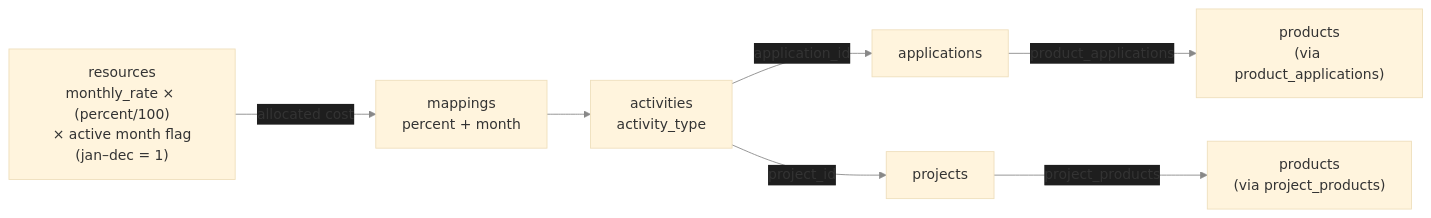
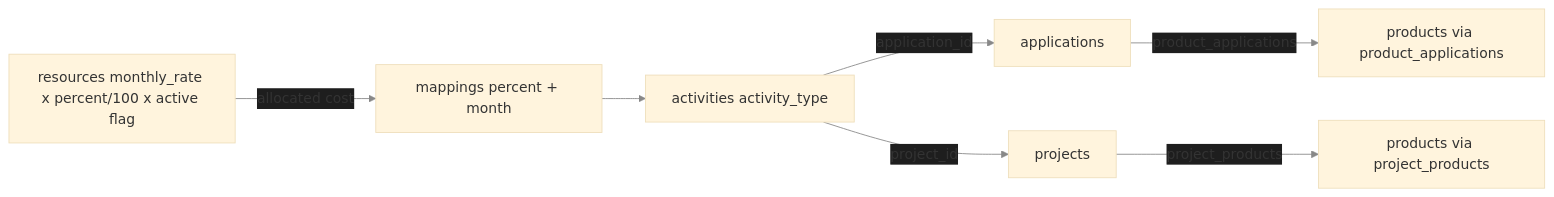
One commit to samww/WorkforceMapper changed the diagram in docs/build/db-schema.md. Above: the diagram before and after it, drawn with Mermaid. The commit also changed other lines of this file and 17 other files, not shown here.

````diff
--- a/docs/build/db-schema.md
+++ b/docs/build/db-schema.md
@@ -93,18 +11,17 @@
 ```mermaid
 %%{init: {'theme': 'base', 'themeVariables': {'lineColor': '#888888', 'edgeLabelBackground': '#1e1e1e'}}}%%
 flowchart LR
-    R["resources\nmonthly_rate × (percent/100)\n× active month flag\n(jan–dec = 1)"]
-    M["mappings\npercent + month"]
-    A["activities\nactivity_type"]
-    AP["applications"]
-    PR["projects"]
-    PD["products\n(via product_applications)"]
-    PDP["products\n(via project_products)"]
-
-    R -->|"allocated cost"| M
+    R[resources monthly_rate x percent/100 x active flag]
+    M[mappings percent + month]
+    A[activities activity_type]
+    AP[applications]
+    PR[projects]
+    PD[products via product_applications]
+    PDP[products via project_products]
+    R -->|allocated cost| M
     M --> A
-    A -->|"application_id"| AP
-    A -->|"project_id"| PR
-    AP -->|"product_applications"| PD
-    PR -->|"project_products"| PDP
+    A -->|application_id| AP
+    A -->|project_id| PR
+    AP -->|product_applications| PD
+    PR -->|project_products| PDP
 ```
````
